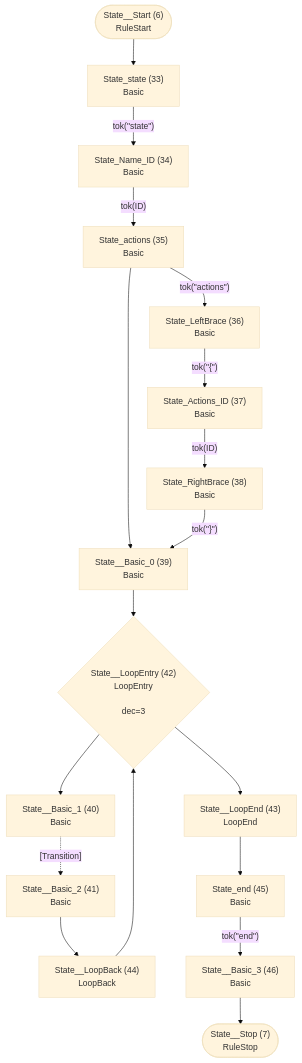
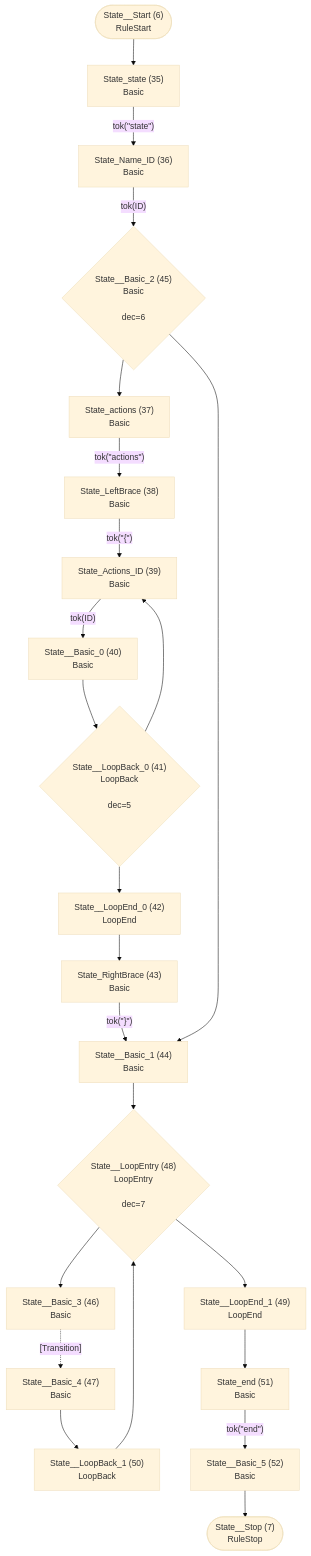
Before and after one commit to TypeFox/fastbelt: the fourth of 5 diagrams in examples/statemachine/atn.md, drawn with Mermaid (base theme). The commit also changed other lines of this file and 53 other files, not shown here.

````diff
--- a/examples/statemachine/atn.md
+++ b/examples/statemachine/atn.md
@@ -86,37 +90,46 @@
 ```mermaid
 flowchart TD
     q6(["State__Start (6)<br/>RuleStart"])
     q7(["State__Stop (7)<br/>RuleStop"])
-    q33["State_state (33)<br/>Basic<br/>"]
-    q34["State_Name_ID (34)<br/>Basic<br/>"]
-    q35["State_actions (35)<br/>Basic<br/>"]
-    q36["State_LeftBrace (36)<br/>Basic<br/>"]
-    q37["State_Actions_ID (37)<br/>Basic<br/>"]
-    q38["State_RightBrace (38)<br/>Basic<br/>"]
-    q39["State__Basic_0 (39)<br/>Basic<br/>"]
-    q40["State__Basic_1 (40)<br/>Basic<br/>"]
-    q41["State__Basic_2 (41)<br/>Basic<br/>"]
-    q42{"State__LoopEntry (42)<br/>LoopEntry<br/><br/>dec=3"}
-    q43["State__LoopEnd (43)<br/>LoopEnd<br/>"]
-    q44["State__LoopBack (44)<br/>LoopBack<br/>"]
-    q45["State_end (45)<br/>Basic<br/>"]
+    q35["State_state (35)<br/>Basic<br/>"]
+    q36["State_Name_ID (36)<br/>Basic<br/>"]
+    q37["State_actions (37)<br/>Basic<br/>"]
+    q38["State_LeftBrace (38)<br/>Basic<br/>"]
+    q39["State_Actions_ID (39)<br/>Basic<br/>"]
+    q40["State__Basic_0 (40)<br/>Basic<br/>"]
+    q41{"State__LoopBack_0 (41)<br/>LoopBack<br/><br/>dec=5"}
+    q42["State__LoopEnd_0 (42)<br/>LoopEnd<br/>"]
+    q43["State_RightBrace (43)<br/>Basic<br/>"]
+    q44["State__Basic_1 (44)<br/>Basic<br/>"]
+    q45{"State__Basic_2 (45)<br/>Basic<br/><br/>dec=6"}
     q46["State__Basic_3 (46)<br/>Basic<br/>"]
+    q47["State__Basic_4 (47)<br/>Basic<br/>"]
+    q48{"State__LoopEntry (48)<br/>LoopEntry<br/><br/>dec=7"}
+    q49["State__LoopEnd_1 (49)<br/>LoopEnd<br/>"]
+    q50["State__LoopBack_1 (50)<br/>LoopBack<br/>"]
+    q51["State_end (51)<br/>Basic<br/>"]
+    q52["State__Basic_5 (52)<br/>Basic<br/>"]
 
-    q6 --> q33
-    q33 -->|"tok(&quot;state&quot;)"| q34
-    q34 -->|"tok(ID)"| q35
-    q35 -->|"tok(&quot;actions&quot;)"| q36
-    q35 --> q39
-    q36 -->|"tok(&quot;{&quot;)"| q37
-    q37 -->|"tok(ID)"| q38
-    q38 -->|"tok(&quot;}&quot;)"| q39
-    q39 --> q42
-    q40 -.->|"[Transition]"| q41
-    q41 --> q44
-    q42 --> q40
+    q6 --> q35
+    q35 -->|"tok(&quot;state&quot;)"| q36
+    q36 -->|"tok(ID)"| q45
+    q37 -->|"tok(&quot;actions&quot;)"| q38
+    q38 -->|"tok(&quot;{&quot;)"| q39
+    q39 -->|"tok(ID)"| q40
+    q40 --> q41
+    q41 --> q39
+    q41 --> q42
     q42 --> q43
-    q43 --> q45
-    q44 --> q42
-    q45 -->|"tok(&quot;end&quot;)"| q46
-    q46 --> q7
+    q43 -->|"tok(&quot;}&quot;)"| q44
+    q44 --> q48
+    q45 --> q37
+    q45 --> q44
+    q46 -.->|"[Transition]"| q47
+    q47 --> q50
+    q48 --> q46
+    q48 --> q49
+    q49 --> q51
+    q50 --> q48
+    q51 -->|"tok(&quot;end&quot;)"| q52
+    q52 --> q7
 ```
````
